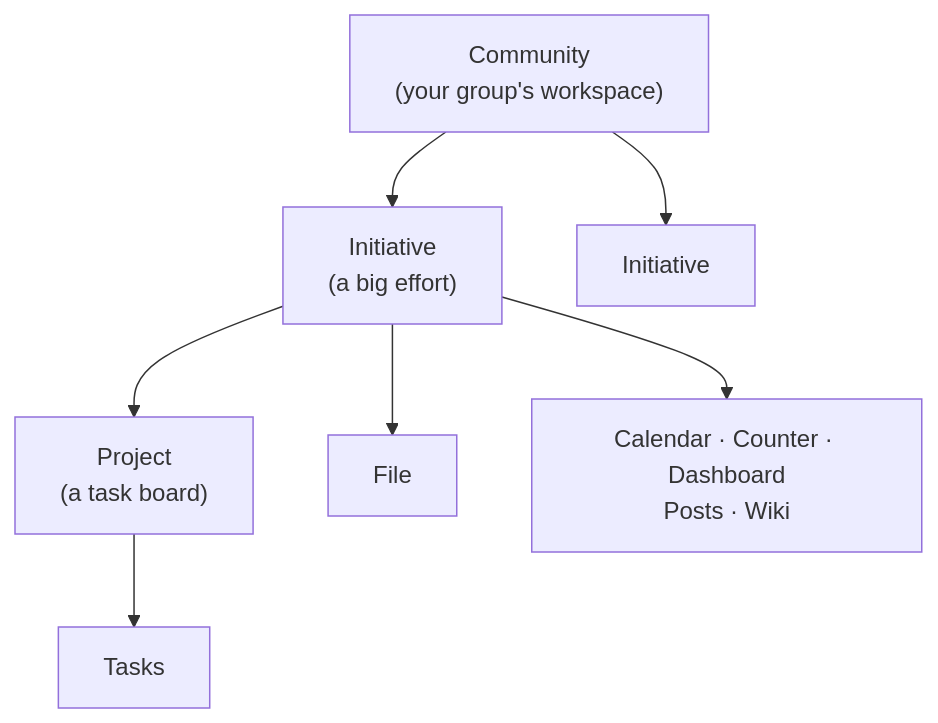
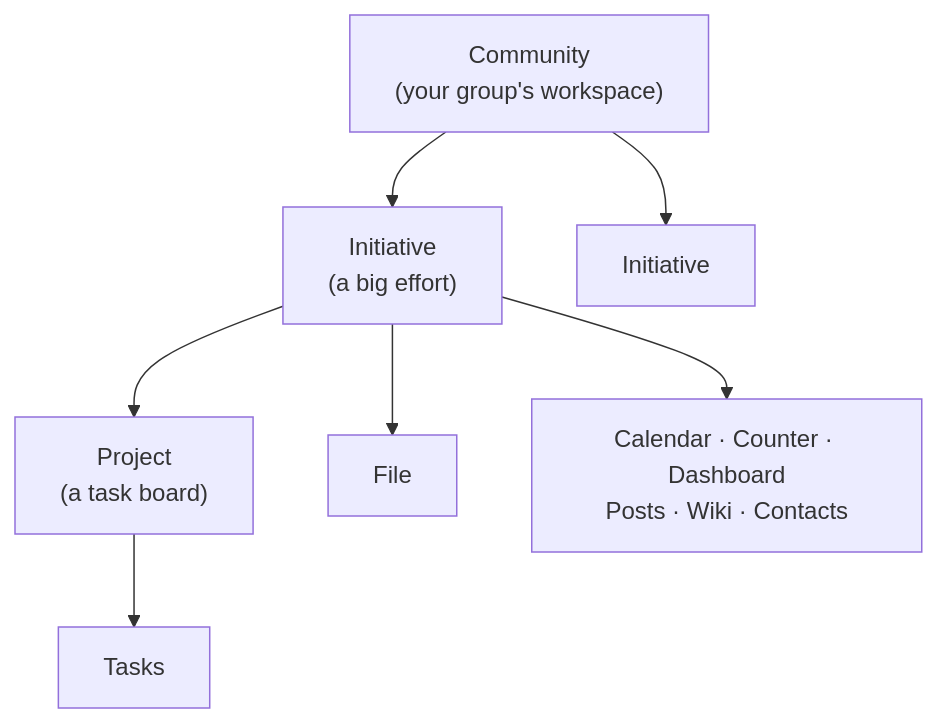
The diagram in docs/en/concepts/index.md (beyonders-studio/initiative), drawn with Mermaid before and after one commit. The commit also changed other lines of this file and 11 other files, not shown here.

````diff
--- a/docs/en/concepts/index.md
+++ b/docs/en/concepts/index.md
@@ -11,17 +11,17 @@
 ```mermaid
 graph TD
   G["Community<br/>(your group's workspace)"]
   I1["Initiative<br/>(a big effort)"]
   I2["Initiative"]
   P1["Project<br/>(a task board)"]
   D1["File"]
-  T1["Calendar · Counter · Dashboard<br/>Posts · Wiki"]
+  T1["Calendar · Counter · Dashboard<br/>Posts · Wiki · Contacts"]
   TASK["Tasks"]
 
   G --> I1
   G --> I2
   I1 --> P1
   I1 --> D1
   I1 --> T1
   P1 --> TASK
 ```
````
